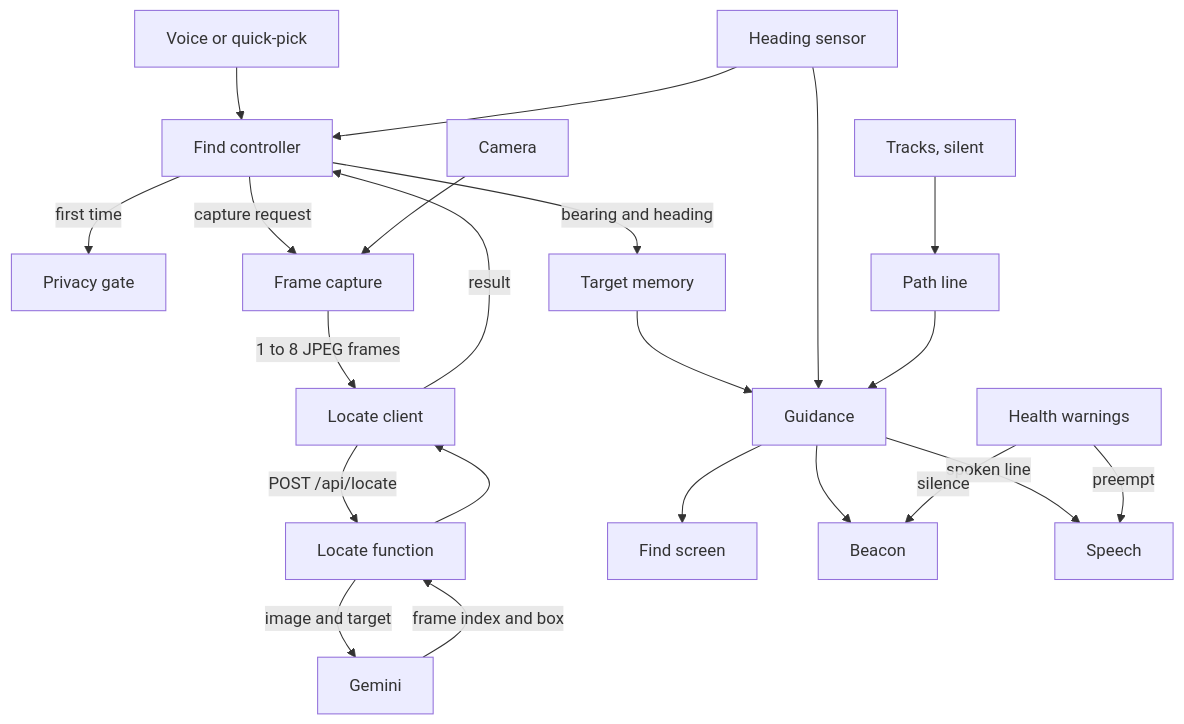
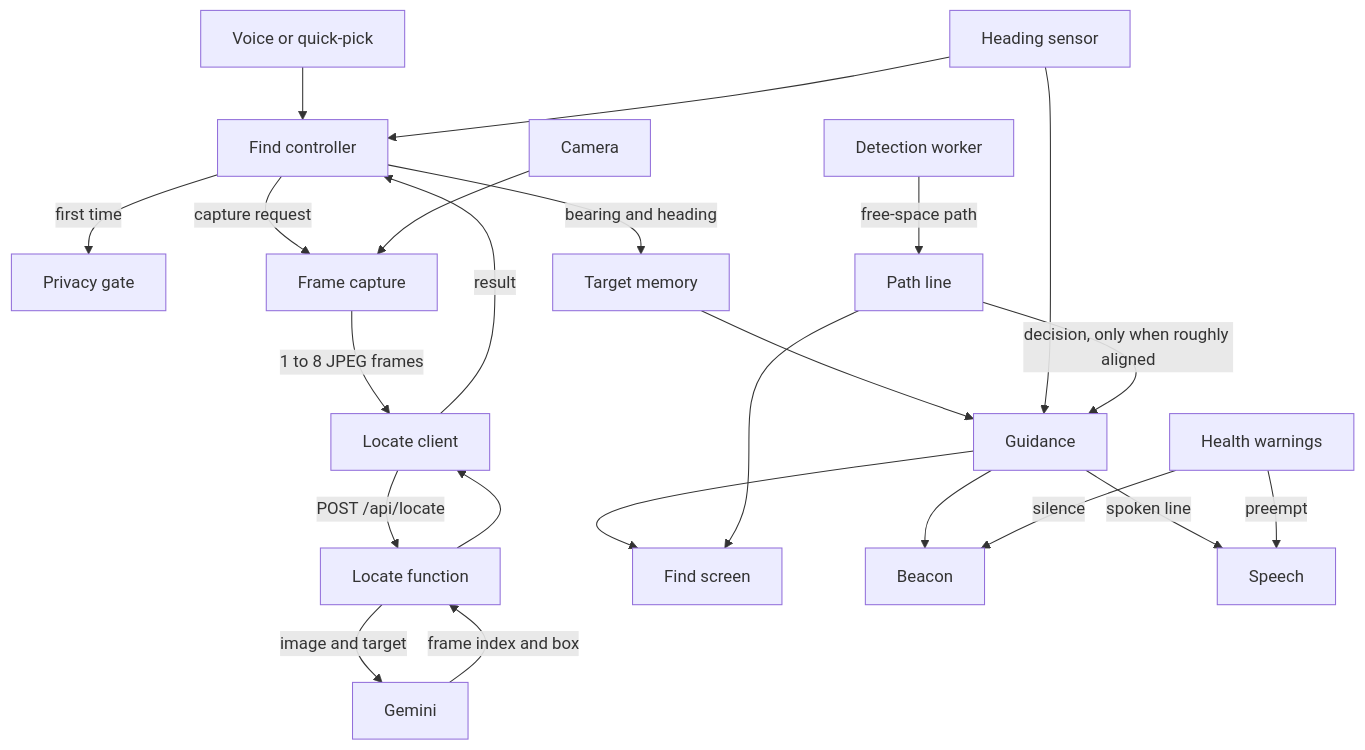
Before and after one commit to PyStarJosh/kenshi: the second of 2 diagrams in docs/SDS.md, drawn with Mermaid. The commit also changed other lines of this file and 30 other files, not shown here.

First line of the commit message:
feat(r7): free-space path line

````diff
--- a/docs/SDS.md
+++ b/docs/SDS.md
@@ -384,24 +394,25 @@
 ```mermaid
 flowchart TD
   USR[Voice or quick-pick] --> CTL[Find controller]
   CTL -->|first time| PRV[Privacy gate]
   CTL -->|capture request| CAP[Frame capture]
   CAM[Camera] --> CAP
   CAP -->|1 to 8 JPEG frames| LOC[Locate client]
   LOC -->|POST /api/locate| FN[Locate function]
   FN -->|image and target| GEM[Gemini]
   GEM -->|frame index and box| FN
   FN --> LOC
   LOC -->|result| CTL
   HDG[Heading sensor] --> CTL
   CTL -->|bearing and heading| MEM[Target memory]
   MEM --> GUI[Guidance]
   HDG --> GUI
   GUI --> SCR[Find screen]
   GUI --> BEA[Beacon]
   GUI -->|spoken line| SPK[Speech]
   HLT[Health warnings] -->|preempt| SPK
   HLT -->|silence| BEA
-  TRK[Tracks, silent] --> PTH[Path line]
-  PTH --> GUI
+  WRKP[Detection worker] -->|free-space path| PTH[Path line]
+  PTH -->|decision, only when roughly aligned| GUI
+  PTH --> SCR
 ```
````
